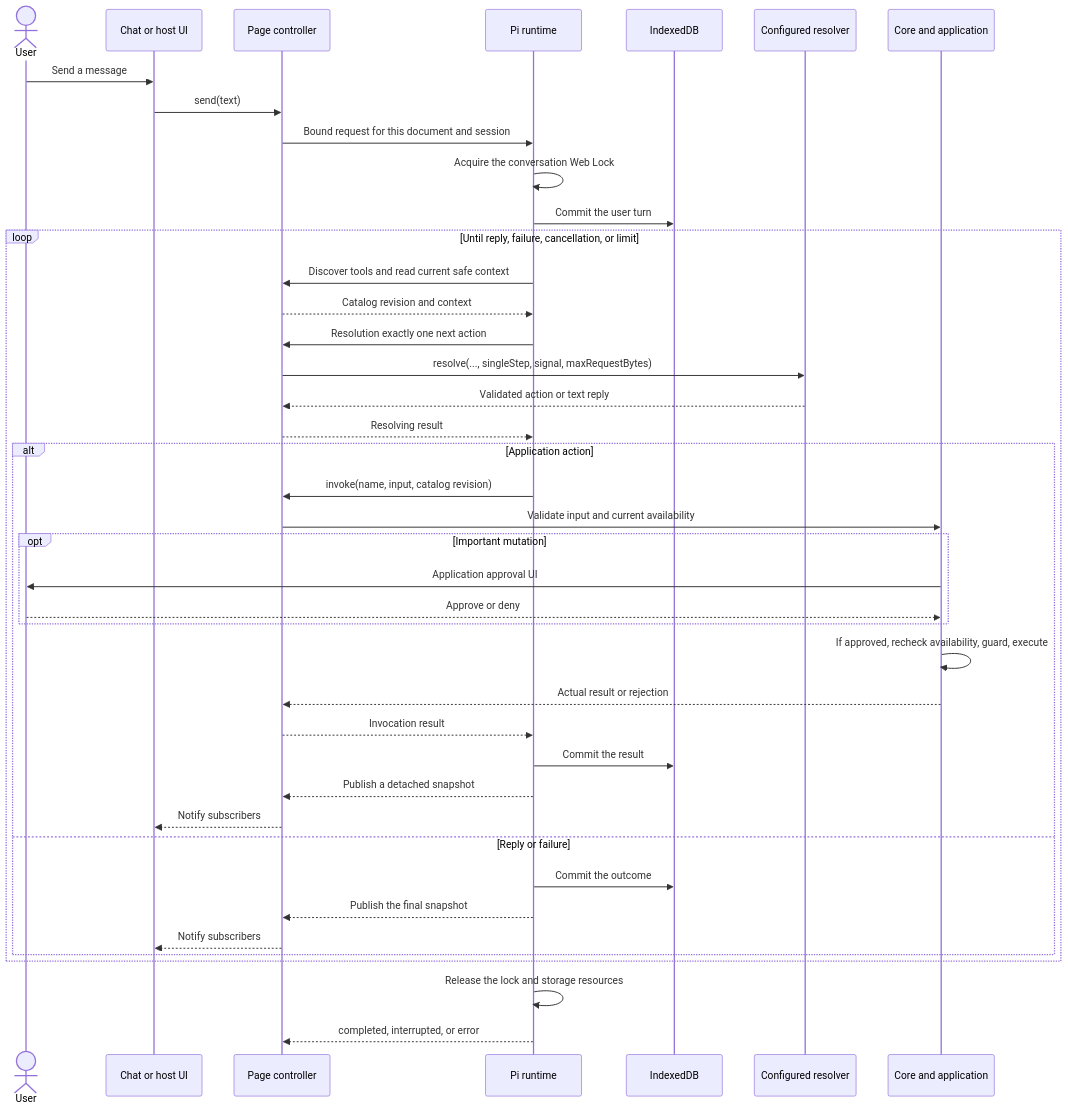
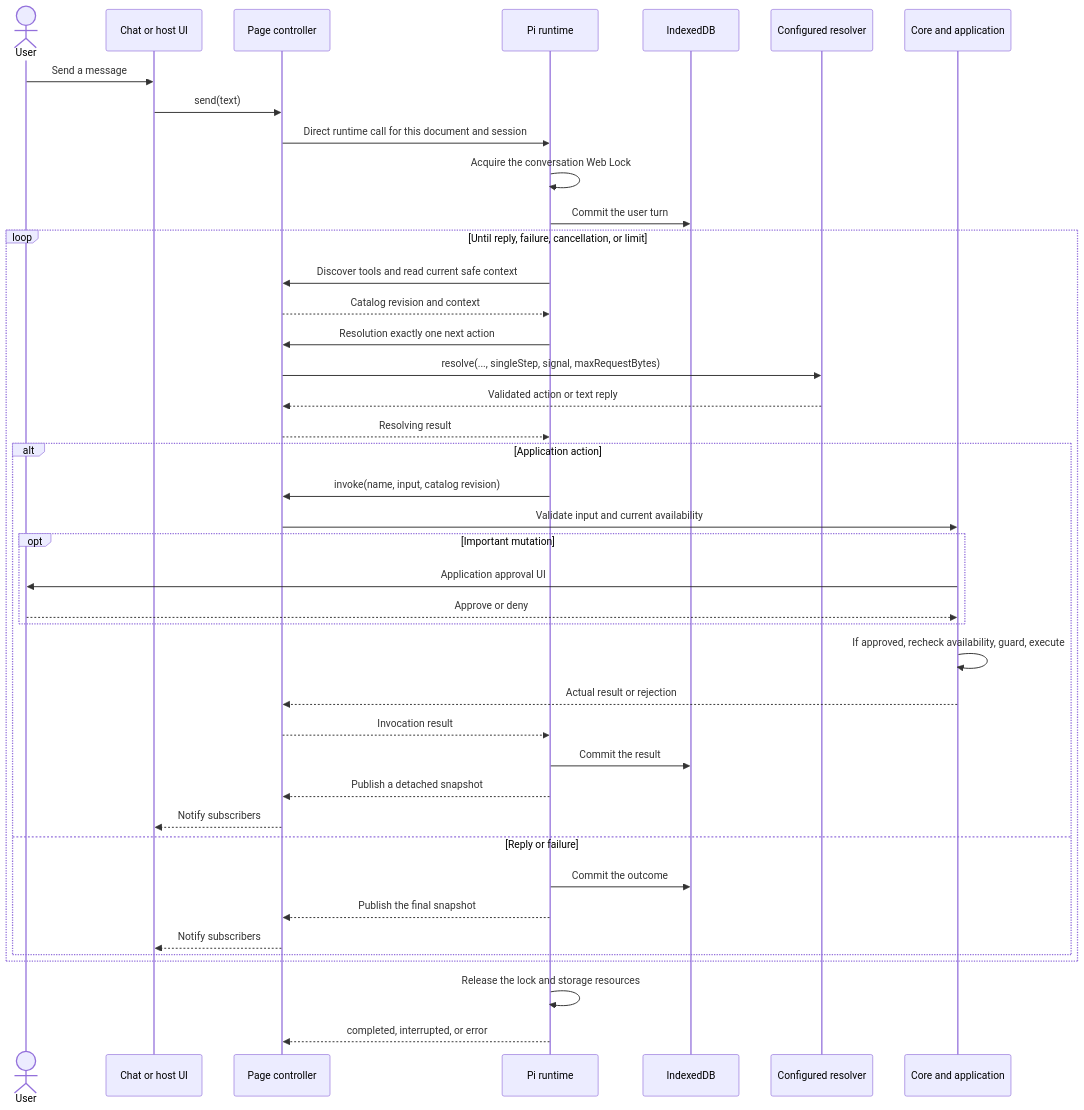
The second of 3 diagrams in docs/architecture.md (vampaz/web-mcp), drawn with Mermaid before and after one commit. The commit also changed other lines of this file and 149 other files, not shown here.

````diff
--- a/docs/architecture.md
+++ b/docs/architecture.md
@@ -48,43 +47,43 @@
 ```mermaid
 sequenceDiagram
   actor User
   participant UI as Chat or host UI
   participant Page as Page controller
   participant Pi as Pi runtime
   participant DB as IndexedDB
   participant Resolver as Configured resolver
   participant Tools as Core and application
   User->>UI: Send a message
   UI->>Page: send(text)
-  Page->>Pi: Bound request for this document and session
+  Page->>Pi: Direct runtime call for this document and session
   Pi->>Pi: Acquire the conversation Web Lock
   Pi->>DB: Commit the user turn
   loop Until reply, failure, cancellation, or limit
     Pi->>Page: Discover tools and read current safe context
     Page-->>Pi: Catalog revision and context
     Pi->>Page: Resolution exactly one next action
     Page->>Resolver: resolve(..., singleStep, signal, maxRequestBytes)
     Resolver-->>Page: Validated action or text reply
     Page-->>Pi: Resolving result
     alt Application action
       Pi->>Page: invoke(name, input, catalog revision)
       Page->>Tools: Validate input and current availability
       opt Important mutation
         Tools->>User: Application approval UI
         User-->>Tools: Approve or deny
       end
       Tools->>Tools: If approved, recheck availability, guard, execute
       Tools-->>Page: Actual result or rejection
       Page-->>Pi: Invocation result
       Pi->>DB: Commit the result
       Pi-->>Page: Publish a detached snapshot
       Page-->>UI: Notify subscribers
     else Reply or failure
       Pi->>DB: Commit the outcome
       Pi-->>Page: Publish the final snapshot
       Page-->>UI: Notify subscribers
     end
   end
   Pi->>Pi: Release the lock and storage resources
   Pi-->>Page: completed, interrupted, or error
 ```
````
